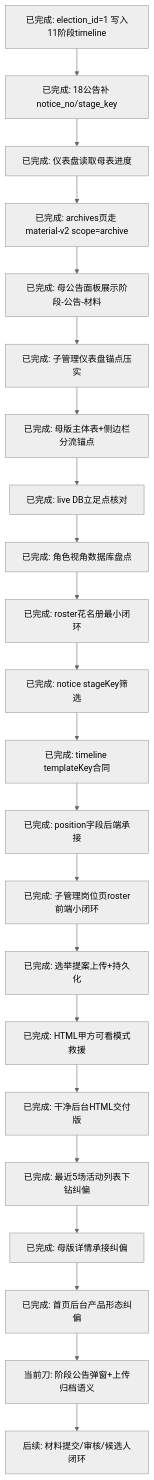
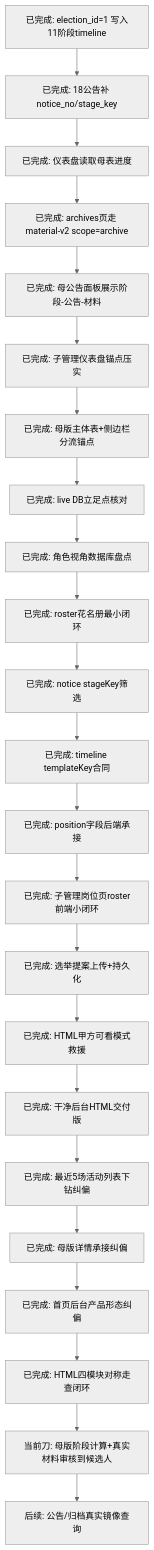
One commit to 4xiaxia/election-v2 changed the third of 7 diagrams in 副船长的航海接力日志/当前接力图.md. Above: the diagram before and after it, drawn with Mermaid (neutral theme). The commit also changed other lines of this file and 11 other files, not shown here.

````diff
--- a/副船长的航海接力日志/当前接力图.md
+++ b/副船长的航海接力日志/当前接力图.md
@@ -54,24 +55,25 @@
 ```mermaid
 flowchart TD
     A[已完成: election_id=1 写入11阶段timeline] --> B[已完成: 18公告补 notice_no/stage_key]
     B --> C[已完成: 仪表盘读取母表进度]
     C --> D[已完成: archives页走 material-v2 scope=archive]
     D --> E[已完成: 母公告面板展示阶段-公告-材料]
     E --> F[已完成: 子管理仪表盘锚点压实]
     F --> G[已完成: 母版主体表+侧边栏分流锚点]
     G --> H[已完成: live DB立足点核对]
     H --> I[已完成: 角色视角数据库盘点]
     I --> J[已完成: roster花名册最小闭环]
     J --> K[已完成: notice stageKey筛选]
     K --> L[已完成: timeline templateKey合同]
     L --> M[已完成: position字段后端承接]
     M --> N[已完成: 子管理岗位页roster前端小闭环]
     N --> O[已完成: 选举提案上传+持久化]
     O --> P[已完成: HTML甲方可看模式救援]
     P --> Q[已完成: 干净后台HTML交付版]
     Q --> R[已完成: 最近5场活动列表下钻纠偏]
     R --> S[已完成: 母版详情承接纠偏]
     S --> T[已完成: 首页后台产品形态纠偏]
-    T --> U[当前刀: 阶段公告弹窗+上传归档语义]
-    U --> V[后续: 材料提交/审核/候选人闭环]
+    T --> U[已完成: HTML四模块对称走查闭环]
+    U --> V[当前刀: 母版阶段计算+真实材料审核到候选人]
+    V --> W[后续: 公告/归档真实镜像查询]
 ```
````
